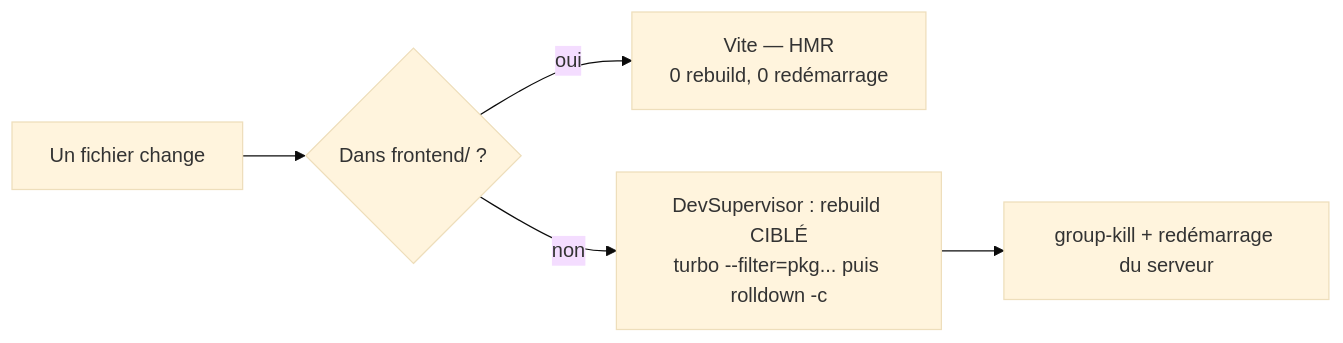
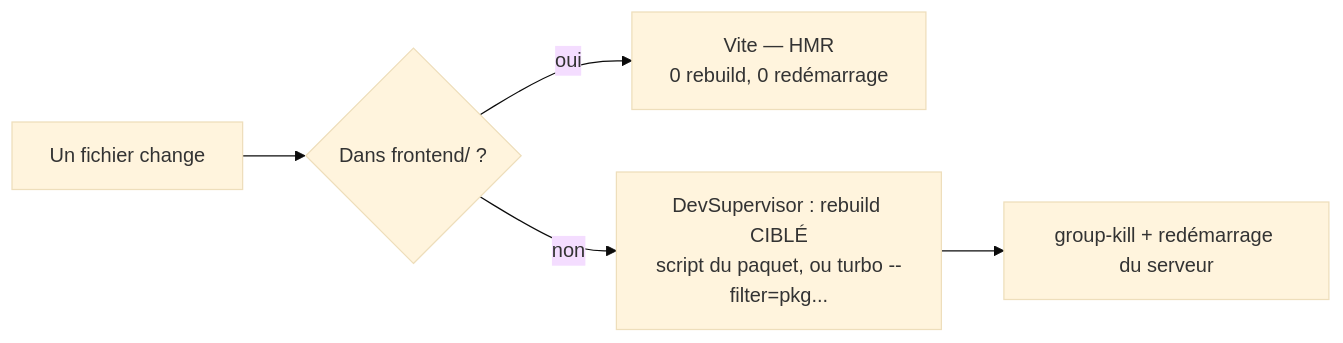
The third of 3 diagrams in docs/architecture/build-bundling.md (nodefony/nodefony-core), drawn with Mermaid (base theme) before and after one commit. The commit also changed other lines of this file, not shown here.

First line of the commit message:
docs(architecture): le rebuild de dev rejoue le script standard sans turbo (#691)

````diff
--- a/docs/architecture/build-bundling.md
+++ b/docs/architecture/build-bundling.md
@@ -426,7 +426,7 @@
 ```mermaid
 flowchart LR
   W["Un fichier change"] --> Q{"Dans frontend/ ?"}
   Q -->|oui| HMR["Vite — HMR<br/>0 rebuild, 0 redémarrage"]
-  Q -->|non| RB["DevSupervisor : rebuild CIBLÉ<br/>turbo --filter=pkg... puis rolldown -c"]
+  Q -->|non| RB["DevSupervisor : rebuild CIBLÉ<br/>script du paquet, ou turbo --filter=pkg..."]
   RB --> K["group-kill + redémarrage du serveur"]
 ```
````
